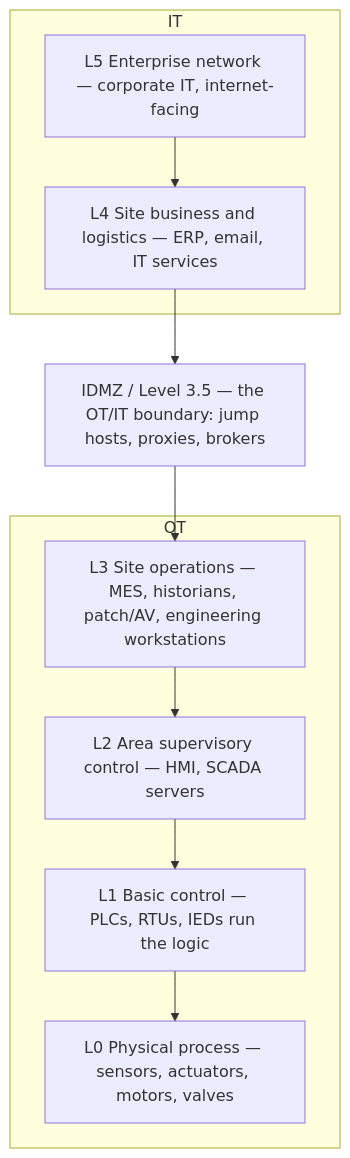
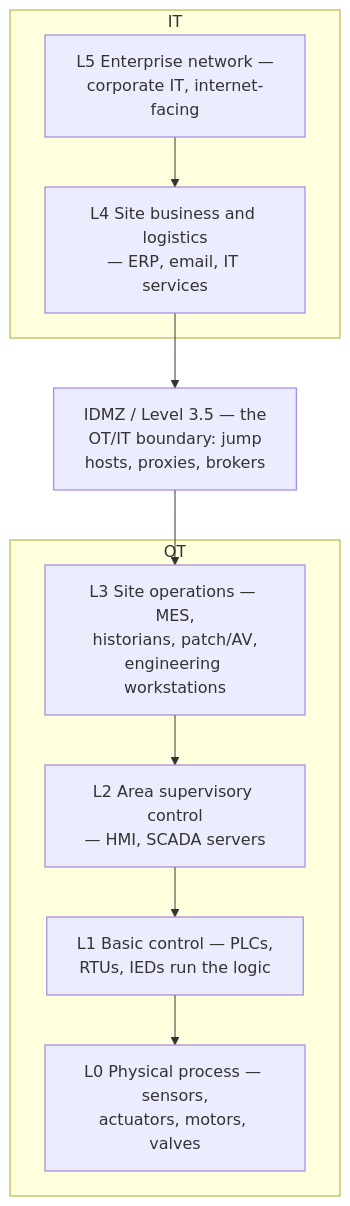
The second of 2 diagrams in certs/ceh/modules/18-iot-and-ot-hacking/README.md (morandeirachema/CyberCerts), drawn with Mermaid before and after one commit. The commit also changed other lines of this file and 106 other files, not shown here.

````diff
--- a/certs/ceh/modules/18-iot-and-ot-hacking/README.md
+++ b/certs/ceh/modules/18-iot-and-ot-hacking/README.md
@@ -102,15 +102,15 @@
 ```mermaid
 flowchart TB
     subgraph IT["IT"]
-        L5["L5 Enterprise network — corporate IT, internet-facing"]
-        L4["L4 Site business and logistics — ERP, email, IT services"]
+        L5["L5 Enterprise network —<br/>corporate IT, internet-facing"]
+        L4["L4 Site business and logistics<br/>— ERP, email, IT services"]
     end
-    IDMZ["IDMZ / Level 3.5 — the OT/IT boundary: jump hosts, proxies, brokers"]
+    IDMZ["IDMZ / Level 3.5 — the<br/>OT/IT boundary: jump<br/>hosts, proxies, brokers"]
     subgraph OT["OT"]
-        L3["L3 Site operations — MES, historians, patch/AV, engineering workstations"]
-        L2["L2 Area supervisory control — HMI, SCADA servers"]
-        L1["L1 Basic control — PLCs, RTUs, IEDs run the logic"]
-        L0["L0 Physical process — sensors, actuators, motors, valves"]
+        L3["L3 Site operations — MES,<br/>historians, patch/AV,<br/>engineering workstations"]
+        L2["L2 Area supervisory control<br/>— HMI, SCADA servers"]
+        L1["L1 Basic control — PLCs,<br/>RTUs, IEDs run the logic"]
+        L0["L0 Physical process — sensors,<br/>actuators, motors, valves"]
     end
     L5 --> L4 --> IDMZ --> L3 --> L2 --> L1 --> L0
 ```
````
